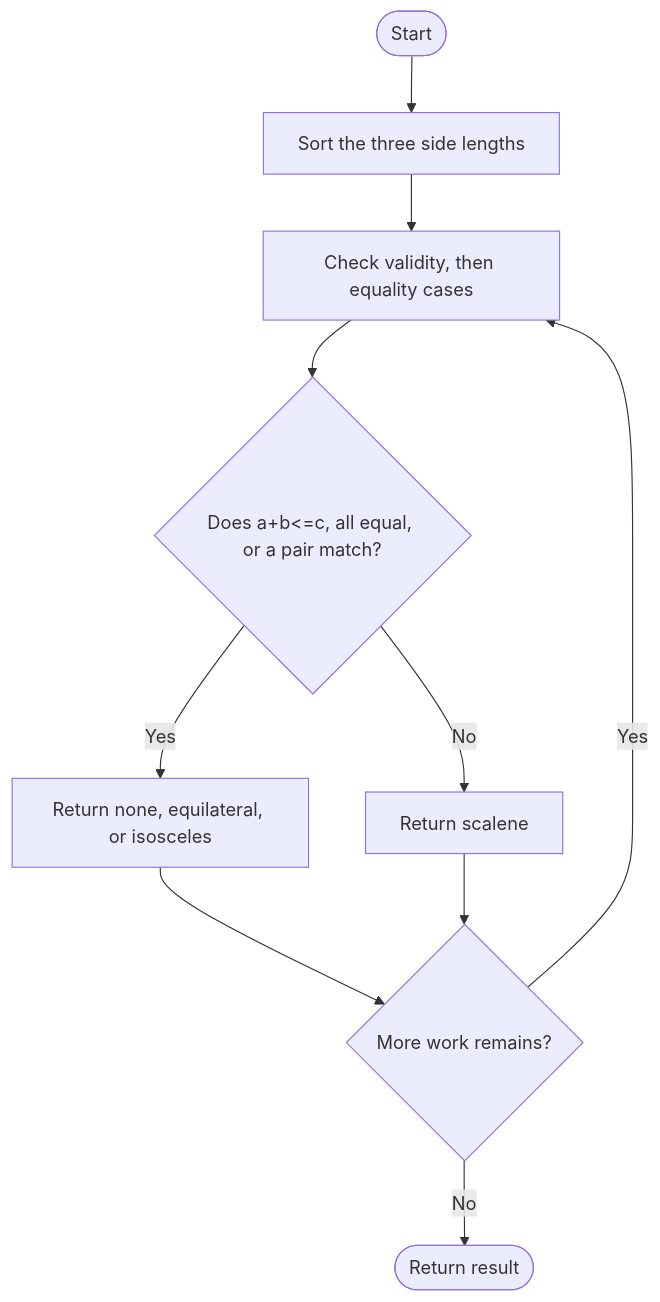
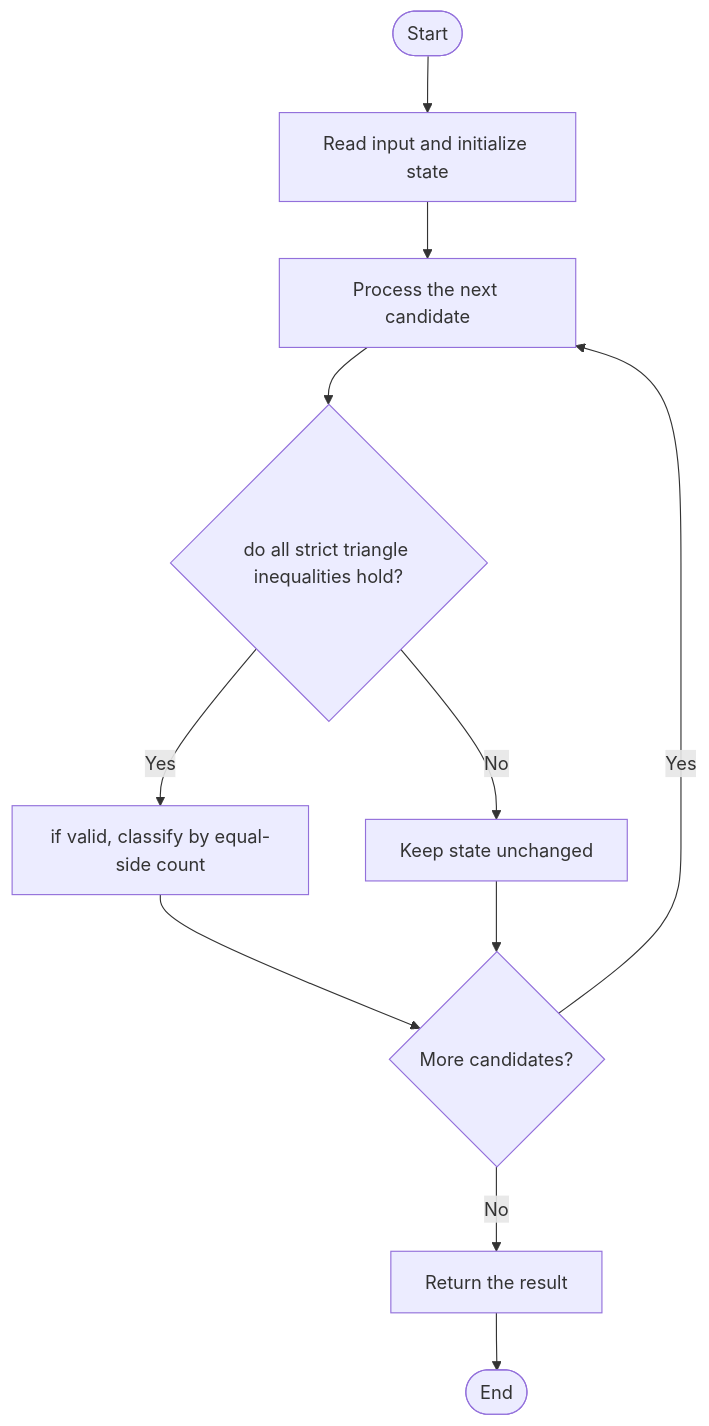
The diagram in LeetCode/3024/README.md (SAIDEEPBHANGE/C-CPP-Codes), drawn with Mermaid before and after one commit. The commit also changed other lines of this file and 196 other files, not shown here.

````diff
--- a/LeetCode/3024/README.md
+++ b/LeetCode/3024/README.md
@@ -13,12 +27,13 @@
 ```mermaid
 flowchart TD
- A([Start]) --> B[Sort the three side lengths]
- B --> C[Check validity, then equality cases]
- C --> D{Does a+b<=c, all equal, or a pair match?}
- D -- Yes --> E[Return none, equilateral, or isosceles]
- D -- No --> F[Return scalene]
- E --> G{More work remains?}
- F --> G
- G -- Yes --> C
- G -- No --> H([Return result])
+    A([Start]) --> B[Read input and initialize state]
+    B --> C[Process the next candidate]
+    C --> D{do all strict triangle inequalities hold?}
+    D -->|Yes| E[if valid, classify by equal-side count]
+    D -->|No| F[Keep state unchanged]
+    E --> G{More candidates?}
+    F --> G
+    G -->|Yes| C
+    G -->|No| H[Return the result]
+    H --> I([End])
 ```
````
